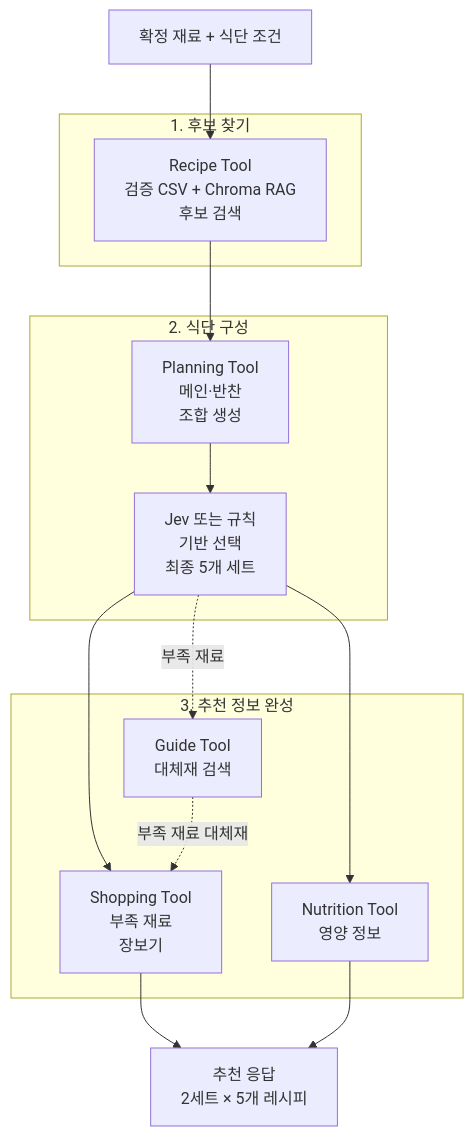
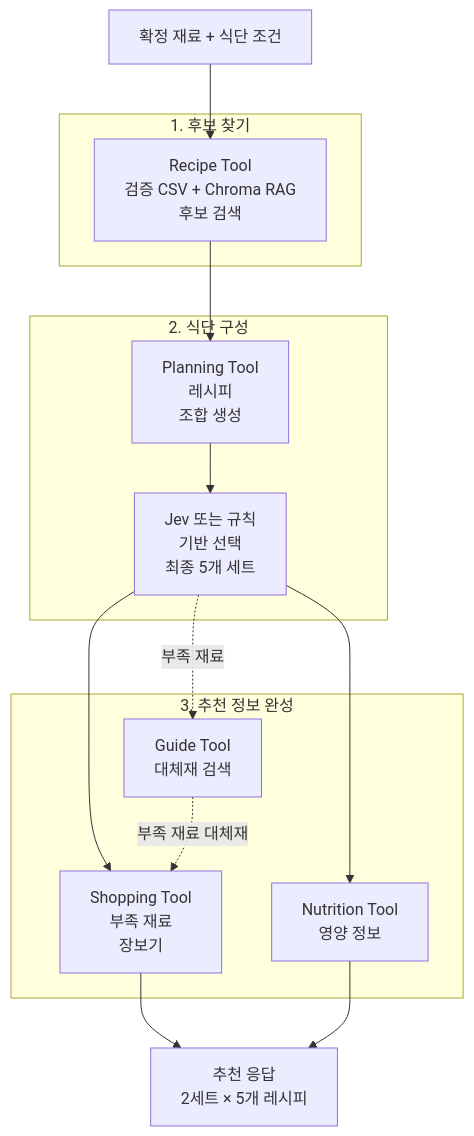
The third of 5 diagrams in README.md (DongJunee/2026_aio2_p2_PlanEat_Backend), drawn with Mermaid before and after one commit. The commit also changed other lines of this file, not shown here.

````diff
--- a/README.md
+++ b/README.md
@@ -188,26 +192,26 @@
 ```mermaid
 flowchart TB
     INPUT[확정 재료 + 식단 조건]
     RESULT[추천 응답<br/>2세트 × 5개 레시피]
 
     subgraph SEARCH[1. 후보 찾기]
         RECIPE[Recipe Tool<br/>검증 CSV + Chroma RAG<br/>후보 검색]
     end
 
     subgraph PLAN[2. 식단 구성]
-        PAIR[Planning Tool<br/>메인·반찬<br/>조합 생성]
+        PAIR[Planning Tool<br/>레시피<br/>조합 생성]
         SELECT[Jev 또는 규칙<br/>기반 선택<br/>최종 5개 세트]
     end
 
     subgraph ENRICH[3. 추천 정보 완성]
         SHOPPING[Shopping Tool<br/>부족 재료<br/>장보기]
         NUTRITION[Nutrition Tool<br/>영양 정보]
         GUIDE[Guide Tool<br/>대체재 검색]
     end
 
     INPUT --> RECIPE --> PAIR --> SELECT
     SELECT --> SHOPPING --> RESULT
     SELECT --> NUTRITION --> RESULT
     SELECT -. 부족 재료 .-> GUIDE
     GUIDE -. 부족 재료 대체재 .-> SHOPPING
 ```
````
